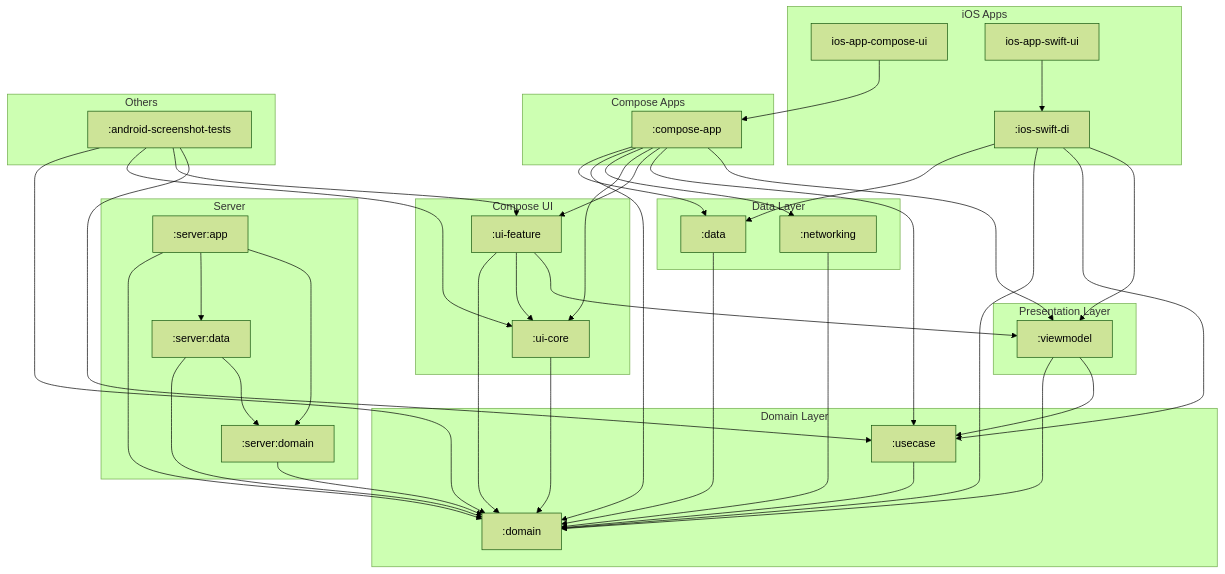
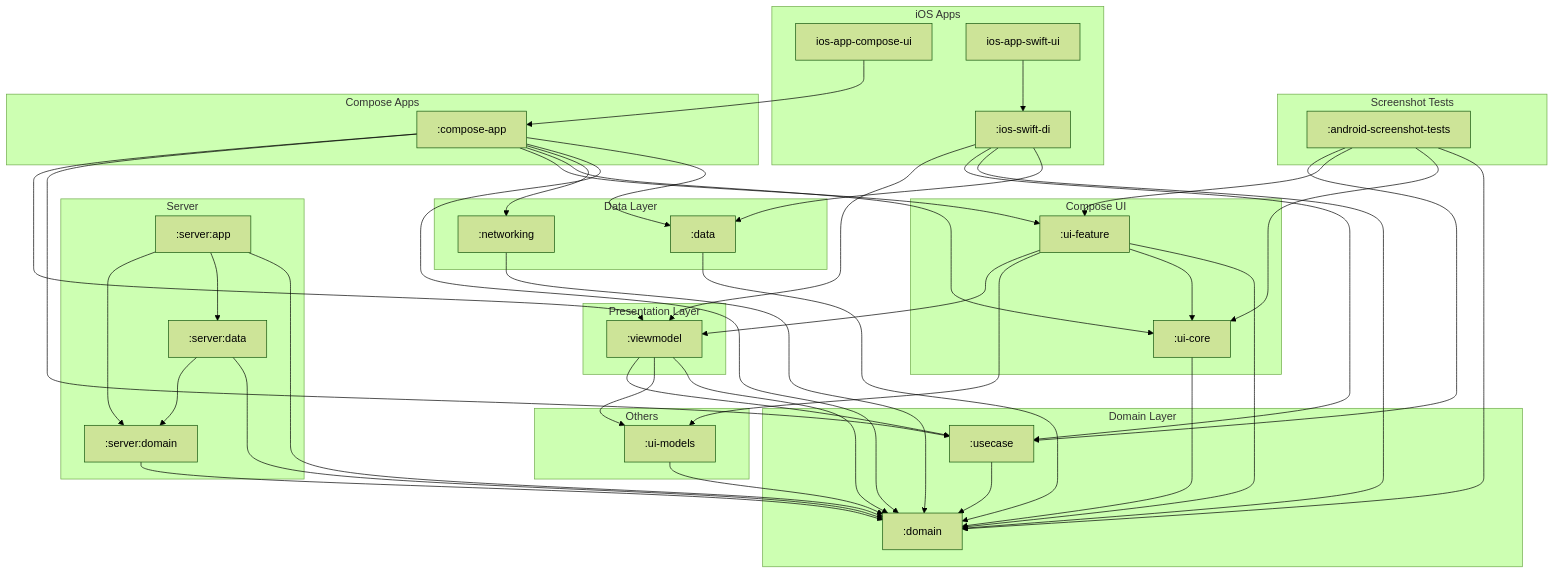
Before and after one commit to cartland/battery-butler: the diagram in docs/diagrams/full_system_structure.mmd, drawn with Mermaid (forest theme). The commit also changed 23 other files, not shown here.

```diff
--- a/docs/diagrams/full_system_structure.mmd
+++ b/docs/diagrams/full_system_structure.mmd
@@ -1,86 +1,94 @@
 graph TD
+    subgraph "Screenshot Tests"
+        AndroidScreenshotTests[":android-screenshot-tests"]
+    end
+
     subgraph "iOS Apps"
         IosSwiftDi[":ios-swift-di"]
         IosAppComposeUi["ios-app-compose-ui"]
         IosAppSwiftUi["ios-app-swift-ui"]
     end
 
     subgraph "Compose Apps"
         ComposeApp[":compose-app"]
     end
 
     subgraph "Server"
         ServerApp[":server:app"]
         ServerData[":server:data"]
         ServerDomain[":server:domain"]
     end
 
     subgraph "Compose UI"
         UiCore[":ui-core"]
         UiFeature[":ui-feature"]
     end
 
     subgraph "Presentation Layer"
         Viewmodel[":viewmodel"]
     end
 
     subgraph "Domain Layer"
         Domain[":domain"]
         Usecase[":usecase"]
     end
 
     subgraph "Data Layer"
         Data[":data"]
         Networking[":networking"]
     end
 
     subgraph "Others"
-        AndroidScreenshotTests[":android-screenshot-tests"]
+        UiModels[":ui-models"]
     end
 
     %% Dependencies
     AndroidScreenshotTests --> Domain
     AndroidScreenshotTests --> UiCore
     AndroidScreenshotTests --> UiFeature
     AndroidScreenshotTests --> Usecase
 
     ComposeApp --> Data
     ComposeApp --> Domain
     ComposeApp --> Networking
     ComposeApp --> UiCore
     ComposeApp --> UiFeature
     ComposeApp --> Usecase
     ComposeApp --> Viewmodel
 
     Data --> Domain
 
     IosSwiftDi --> Data
     IosSwiftDi --> Domain
     IosSwiftDi --> Usecase
     IosSwiftDi --> Viewmodel
 
     Networking --> Domain
 
     ServerApp --> Domain
     ServerApp --> ServerData
     ServerApp --> ServerDomain
 
     ServerData --> Domain
     ServerData --> ServerDomain
 
     ServerDomain --> Domain
 
     UiCore --> Domain
 
     UiFeature --> Domain
     UiFeature --> UiCore
+    UiFeature --> UiModels
     UiFeature --> Viewmodel
+
+    UiModels --> Domain
 
     Usecase --> Domain
 
     Viewmodel --> Domain
+    Viewmodel --> UiModels
     Viewmodel --> Usecase
 
     IosAppComposeUi --> ComposeApp
 
     IosAppSwiftUi --> IosSwiftDi
```
